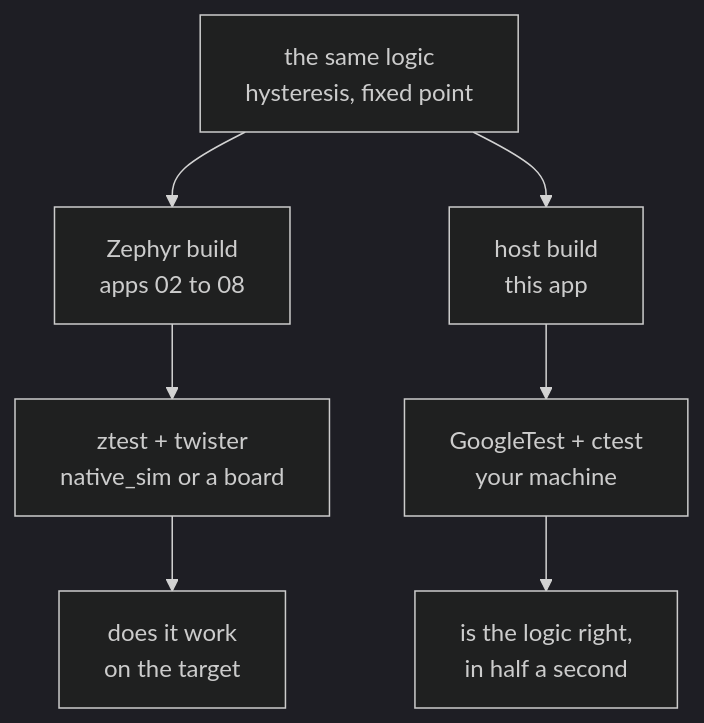
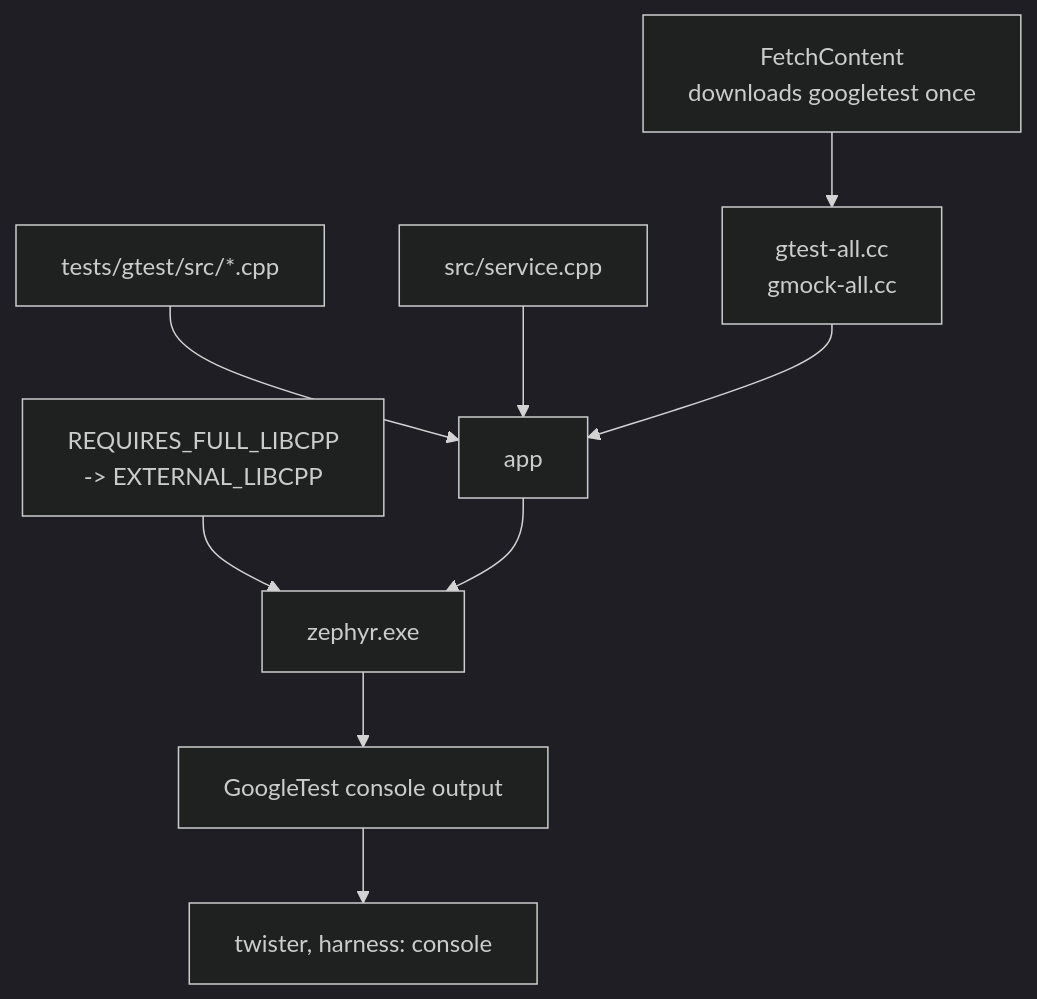
One commit to royyandzakiy/zephyr-testing-workshop changed the diagram in apps/09-gtest-gmock/README.md. Above: the diagram before and after it, drawn with Mermaid (dark theme). The commit also changed other lines of this file and 54 other files, not shown here.

````diff
--- a/apps/09-gtest-gmock/README.md
+++ b/apps/09-gtest-gmock/README.md
@@ -118,13 +138,15 @@
 ```mermaid
 flowchart TD
-    logic["the same logic<br/>hysteresis, fixed point"]
+    fc["FetchContent<br/>downloads googletest once"]
+    fc --> src["gtest-all.cc<br/>gmock-all.cc"]
 
-    logic --> zep["Zephyr build<br/>apps 02 to 08"]
-    logic --> host["host build<br/>this app"]
+    tests["tests/gtest/src/*.cpp"] --> app["app"]
+    svc["src/service.cpp"] --> app
+    src --> app
 
-    zep --> ztest["ztest + twister<br/>native_sim or a board"]
-    host --> gt["GoogleTest + ctest<br/>your machine"]
+    kcfg["REQUIRES_FULL_LIBCPP<br/>-> EXTERNAL_LIBCPP"] --> img["zephyr.exe"]
+    app --> img
 
-    ztest --> ans1["does it work<br/>on the target"]
-    gt --> ans2["is the logic right,<br/>in half a second"]
+    img --> out["GoogleTest console output"]
+    out --> tw["twister, harness: console"]
 ```
````
